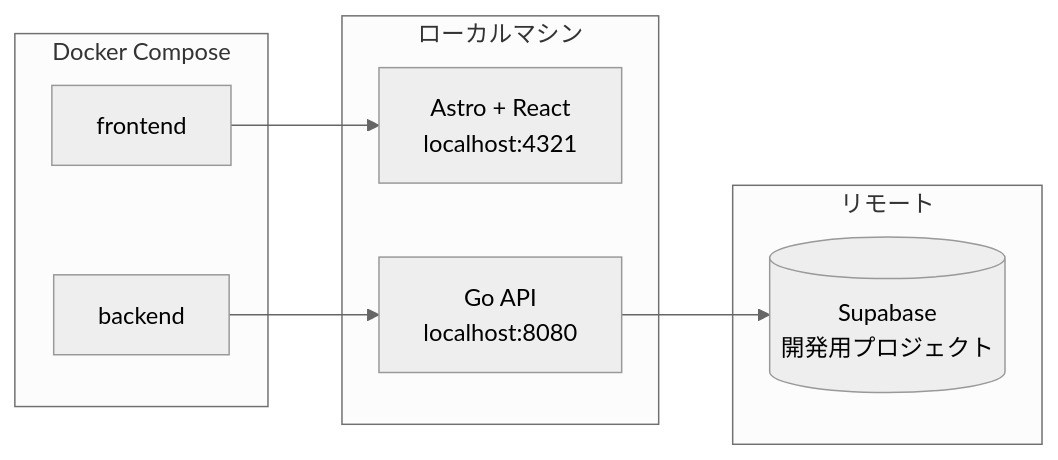
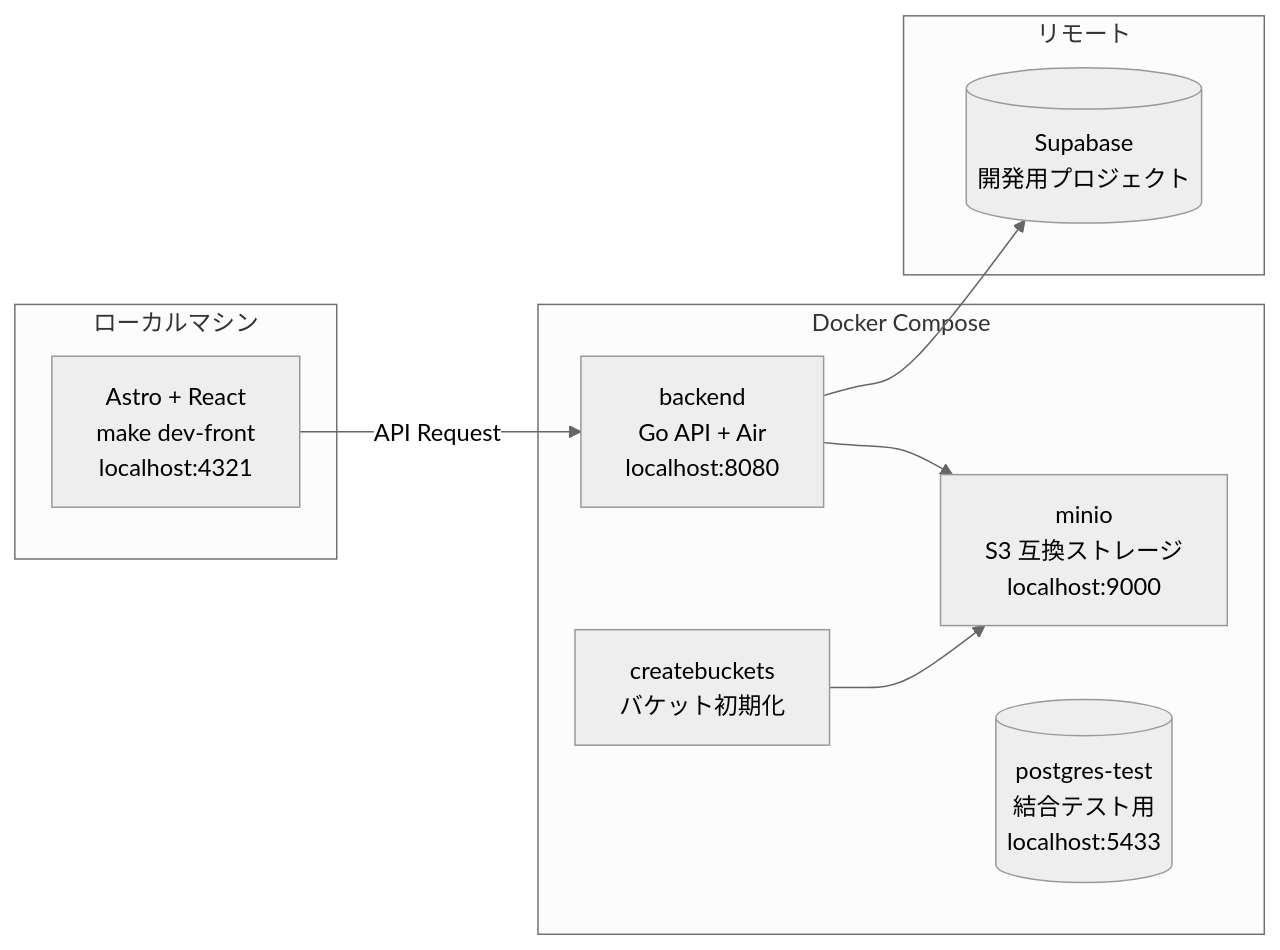
Before and after one commit to cergijame101007/satehits: the second of 4 diagrams in docs/infrastructure.md, drawn with Mermaid (neutral theme). The commit also changed other lines of this file and 11 other files, not shown here.

````diff
--- a/docs/infrastructure.md
+++ b/docs/infrastructure.md
@@ -118,20 +118,22 @@
 ```mermaid
 flowchart LR
     subgraph Local[ローカルマシン]
-        Frontend[Astro + React<br>localhost:4321]
-        Backend[Go API<br>localhost:8080]
+        Frontend[Astro + React<br>make dev-front<br>localhost:4321]
     end
 
     subgraph Docker[Docker Compose]
-        FrontendContainer[frontend]
-        BackendContainer[backend]
+        Backend[backend<br>Go API + Air<br>localhost:8080]
+        MinIO[minio<br>S3 互換ストレージ<br>localhost:9000]
+        CreateBuckets[createbuckets<br>バケット初期化]
+        PostgresTest[(postgres-test<br>結合テスト用<br>localhost:5433)]
     end
 
     subgraph Remote[リモート]
         Supabase[(Supabase<br>開発用プロジェクト)]
     end
 
-    FrontendContainer --> Frontend
-    BackendContainer --> Backend
+    Frontend -->|API Request| Backend
     Backend --> Supabase
+    Backend --> MinIO
+    CreateBuckets --> MinIO
 ```
````
